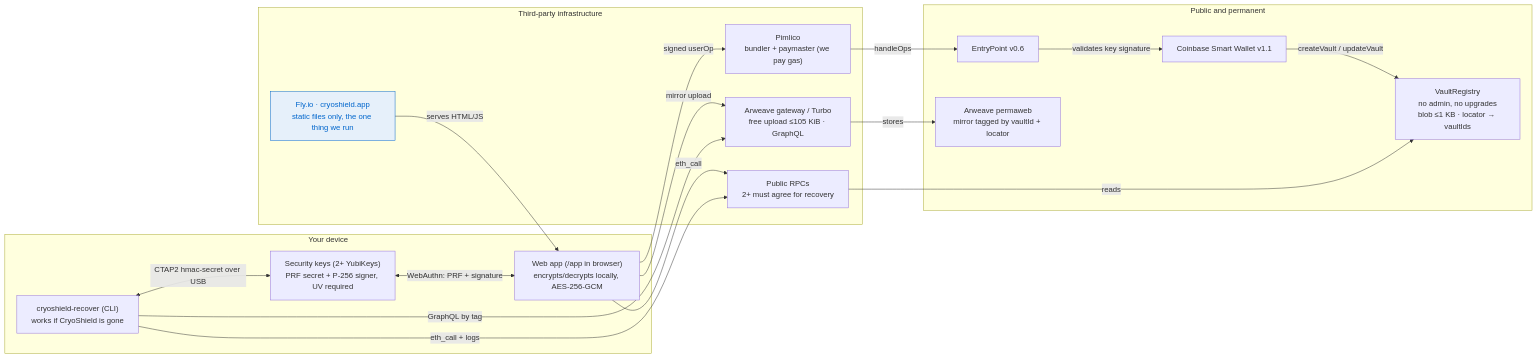
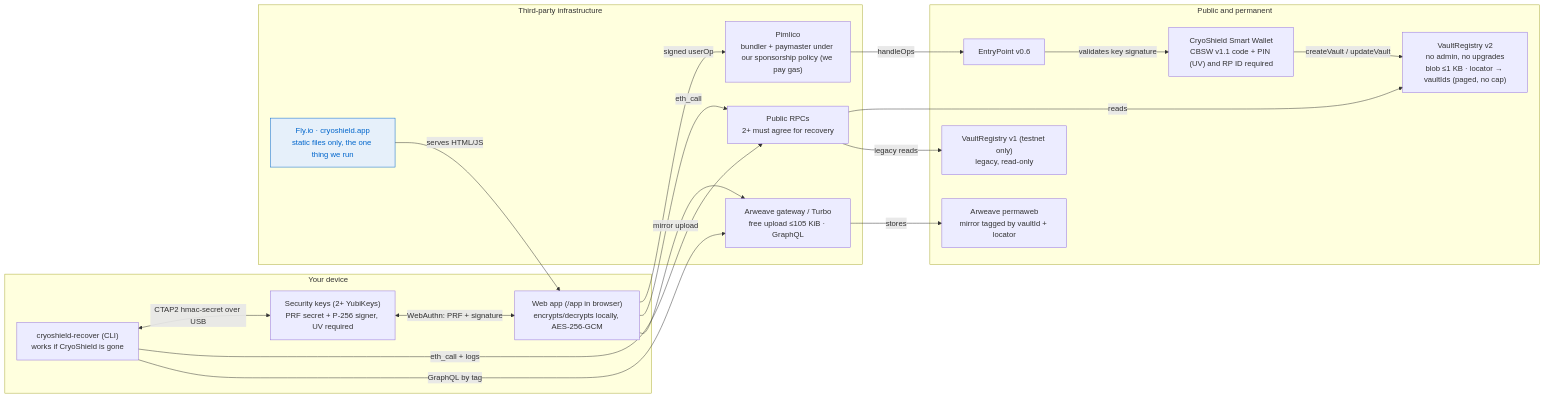
Before and after one commit to prix0007/cryoshield: the first of 5 diagrams in docs/system-design.md, drawn with Mermaid. The commit also changed other lines of this file and 1 other file, not shown here.

Commit message:
docs: system design for Pimlico-hardened sponsorship, the UV-enforcing account and VaultRegistry v2

````diff
--- a/docs/system-design.md
+++ b/docs/system-design.md
@@ -12,39 +12,41 @@
 ```mermaid
 flowchart LR
   subgraph device["Your device"]
     keys["Security keys (2+ YubiKeys)<br/>PRF secret + P-256 signer, UV required"]
     web["Web app (/app in browser)<br/>encrypts/decrypts locally, AES-256-GCM"]
     cli["cryoshield-recover (CLI)<br/>works if CryoShield is gone"]
   end
 
   subgraph third["Third-party infrastructure"]
     fly["Fly.io · cryoshield.app<br/>static files only, the one thing we run"]
-    pimlico["Pimlico<br/>bundler + paymaster (we pay gas)"]
+    pimlico["Pimlico<br/>bundler + paymaster under our sponsorship policy (we pay gas)"]
     rpc["Public RPCs<br/>2+ must agree for recovery"]
     gw["Arweave gateway / Turbo<br/>free upload ≤105 KiB · GraphQL"]
   end
 
   subgraph public["Public and permanent"]
     ep["EntryPoint v0.6"]
-    sw["Coinbase Smart Wallet v1.1"]
-    reg["VaultRegistry<br/>no admin, no upgrades<br/>blob ≤1 KB · locator → vaultIds"]
+    sw["CryoShield Smart Wallet<br/>CBSW v1.1 code + PIN (UV) and RP ID required"]
+    reg["VaultRegistry v2<br/>no admin, no upgrades<br/>blob ≤1 KB · locator → vaultIds (paged, no cap)"]
+    reg1["VaultRegistry v1 (testnet only)<br/>legacy, read-only"]
     ar["Arweave permaweb<br/>mirror tagged by vaultId + locator"]
   end
 
   fly -- "serves HTML/JS" --> web
   keys <-- "WebAuthn: PRF + signature" --> web
   web -- "signed userOp" --> pimlico
   pimlico -- "handleOps" --> ep
   ep -- "validates key signature" --> sw
   sw -- "createVault / updateVault" --> reg
   web -- "eth_call" --> rpc
   rpc -- "reads" --> reg
+  rpc -- "legacy reads" --> reg1
   web -- "mirror upload" --> gw
   gw -- "stores" --> ar
   cli <-- "CTAP2 hmac-secret over USB" --> keys
   cli -- "eth_call + logs" --> rpc
   cli -- "GraphQL by tag" --> gw
 
   classDef ours fill:#e6f0fa,stroke:#0066cc,color:#0066cc;
   class fly ours;
 ```
````
